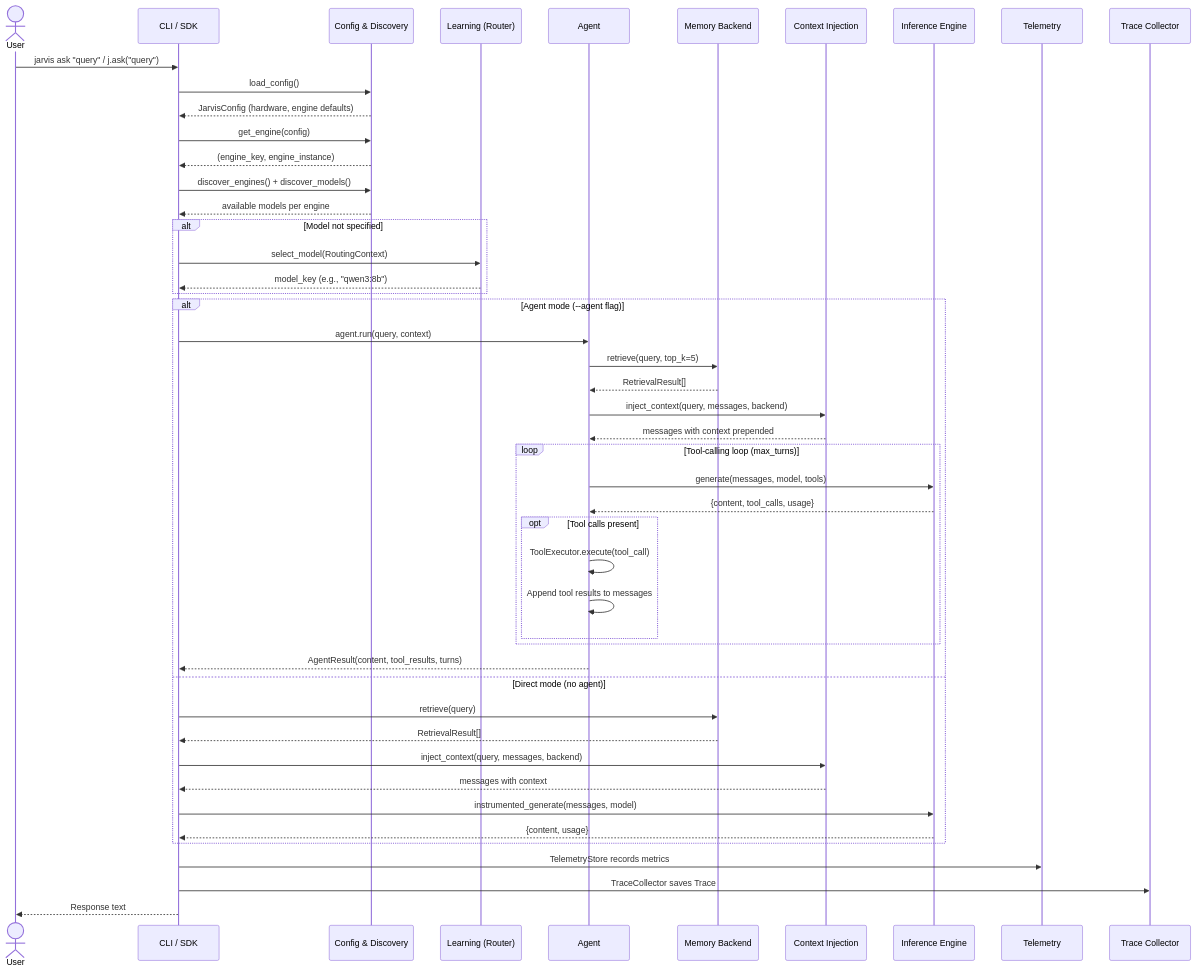
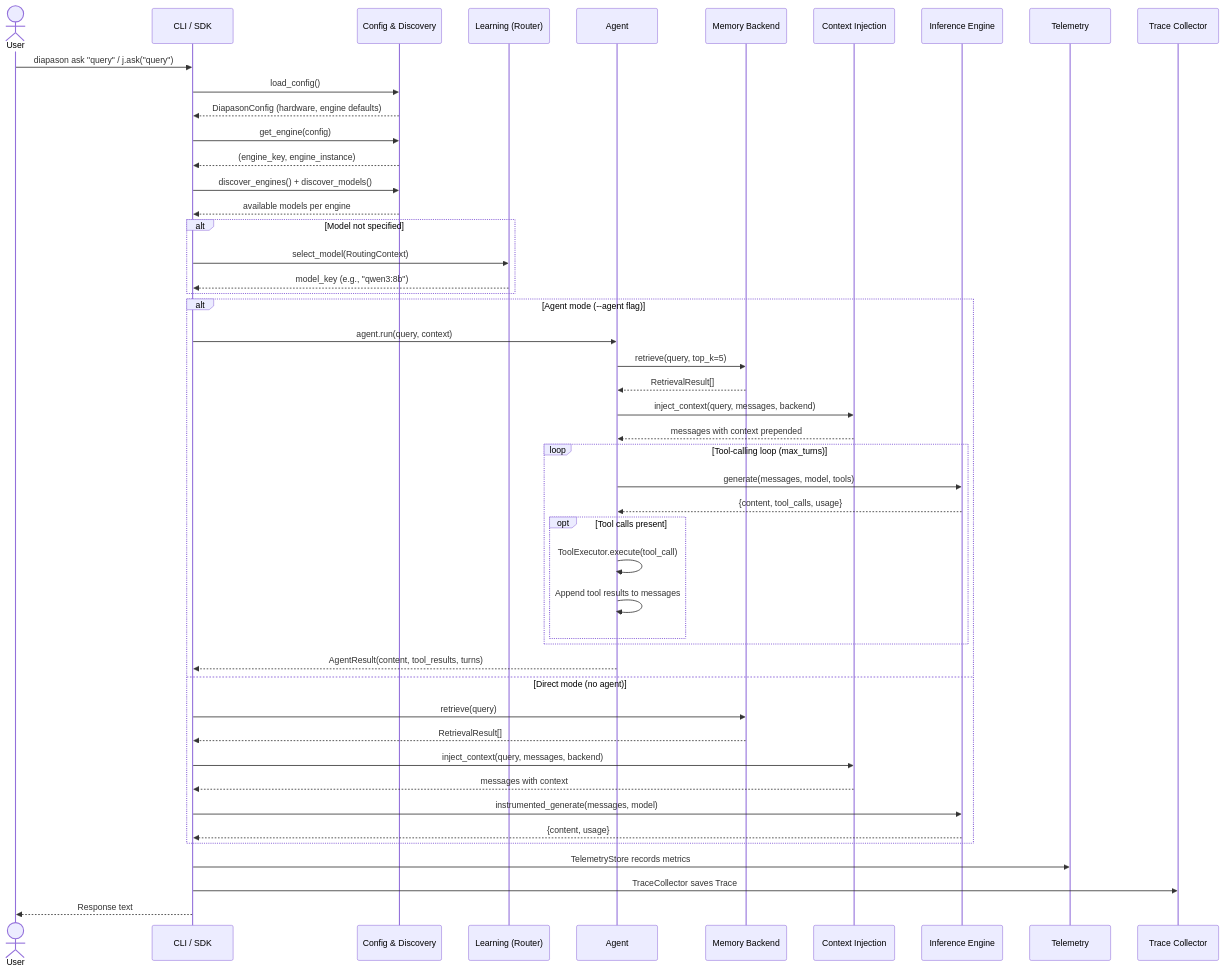
One commit to carlitoetienne01-spec/Diapason changed the diagram in docs/architecture/query-flow.md. Above: the diagram before and after it, drawn with Mermaid. The commit also changed other lines of this file and 794 other files, not shown here.

````diff
--- a/docs/architecture/query-flow.md
+++ b/docs/architecture/query-flow.md
@@ -9,59 +9,59 @@
 ```mermaid
 sequenceDiagram
     actor User
     participant CLI as CLI / SDK
     participant CFG as Config & Discovery
     participant LRN as Learning (Router)
     participant AGT as Agent
     participant MEM as Memory Backend
     participant CTX as Context Injection
     participant ENG as Inference Engine
     participant TEL as Telemetry
     participant TRC as Trace Collector
 
-    User->>CLI: jarvis ask "query" / j.ask("query")
+    User->>CLI: diapason ask "query" / j.ask("query")
     CLI->>CFG: load_config()
-    CFG-->>CLI: JarvisConfig (hardware, engine defaults)
+    CFG-->>CLI: DiapasonConfig (hardware, engine defaults)
 
     CLI->>CFG: get_engine(config)
     CFG-->>CLI: (engine_key, engine_instance)
 
     CLI->>CFG: discover_engines() + discover_models()
     CFG-->>CLI: available models per engine
 
     alt Model not specified
         CLI->>LRN: select_model(RoutingContext)
         LRN-->>CLI: model_key (e.g., "qwen3:8b")
     end
 
     alt Agent mode (--agent flag)
         CLI->>AGT: agent.run(query, context)
         AGT->>MEM: retrieve(query, top_k=5)
         MEM-->>AGT: RetrievalResult[]
         AGT->>CTX: inject_context(query, messages, backend)
         CTX-->>AGT: messages with context prepended
 
         loop Tool-calling loop (max_turns)
             AGT->>ENG: generate(messages, model, tools)
             ENG-->>AGT: {content, tool_calls, usage}
             opt Tool calls present
                 AGT->>AGT: ToolExecutor.execute(tool_call)
                 AGT->>AGT: Append tool results to messages
             end
         end
 
         AGT-->>CLI: AgentResult(content, tool_results, turns)
     else Direct mode (no agent)
         CLI->>MEM: retrieve(query)
         MEM-->>CLI: RetrievalResult[]
         CLI->>CTX: inject_context(query, messages, backend)
         CTX-->>CLI: messages with context
 
         CLI->>ENG: instrumented_generate(messages, model)
         ENG-->>CLI: {content, usage}
     end
 
     CLI->>TEL: TelemetryStore records metrics
     CLI->>TRC: TraceCollector saves Trace
     CLI-->>User: Response text
 ```
````
